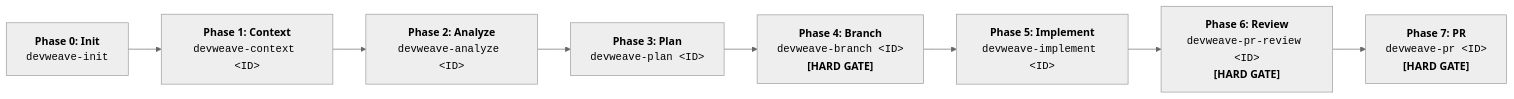
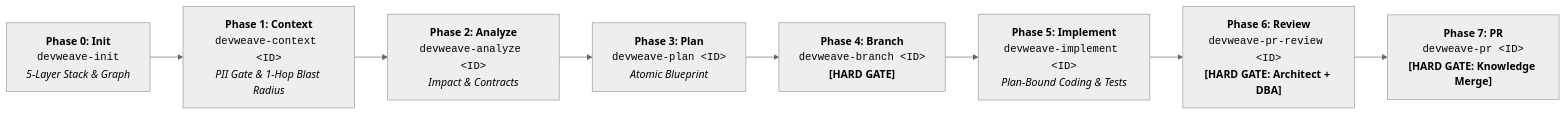
Before and after one commit to paarthivnaik/DevWeave: the second of 2 diagrams in README.md, drawn with Mermaid (neutral theme). The commit also changed other lines of this file, not shown here.

````diff
--- a/README.md
+++ b/README.md
@@ -48,10 +93,10 @@
 ```mermaid
 flowchart LR
-    P0["<b>Phase 0: Init</b><br><code>devweave-init</code>"] --> P1["<b>Phase 1: Context</b><br><code>devweave-context &lt;ID&gt;</code>"]
-    P1 --> P2["<b>Phase 2: Analyze</b><br><code>devweave-analyze &lt;ID&gt;</code>"]
-    P2 --> P3["<b>Phase 3: Plan</b><br><code>devweave-plan &lt;ID&gt;</code>"]
+    P0["<b>Phase 0: Init</b><br><code>devweave-init</code><br><i>5-Layer Stack & Graph</i>"] --> P1["<b>Phase 1: Context</b><br><code>devweave-context &lt;ID&gt;</code><br><i>PII Gate & 1-Hop Blast Radius</i>"]
+    P1 --> P2["<b>Phase 2: Analyze</b><br><code>devweave-analyze &lt;ID&gt;</code><br><i>Impact & Contracts</i>"]
+    P2 --> P3["<b>Phase 3: Plan</b><br><code>devweave-plan &lt;ID&gt;</code><br><i>Atomic Blueprint</i>"]
     P3 --> P4["<b>Phase 4: Branch</b><br><code>devweave-branch &lt;ID&gt;</code><br><b>[HARD GATE]</b>"]
-    P4 --> P5["<b>Phase 5: Implement</b><br><code>devweave-implement &lt;ID&gt;</code>"]
-    P5 --> P6["<b>Phase 6: Review</b><br><code>devweave-pr-review &lt;ID&gt;</code><br><b>[HARD GATE]</b>"]
-    P6 --> P7["<b>Phase 7: PR</b><br><code>devweave-pr &lt;ID&gt;</code><br><b>[HARD GATE]</b>"]
+    P4 --> P5["<b>Phase 5: Implement</b><br><code>devweave-implement &lt;ID&gt;</code><br><i>Plan-Bound Coding & Tests</i>"]
+    P5 --> P6["<b>Phase 6: Review</b><br><code>devweave-pr-review &lt;ID&gt;</code><br><b>[HARD GATE: Architect + DBA]</b>"]
+    P6 --> P7["<b>Phase 7: PR</b><br><code>devweave-pr &lt;ID&gt;</code><br><b>[HARD GATE: Knowledge Merge]</b>"]
 ```
````
